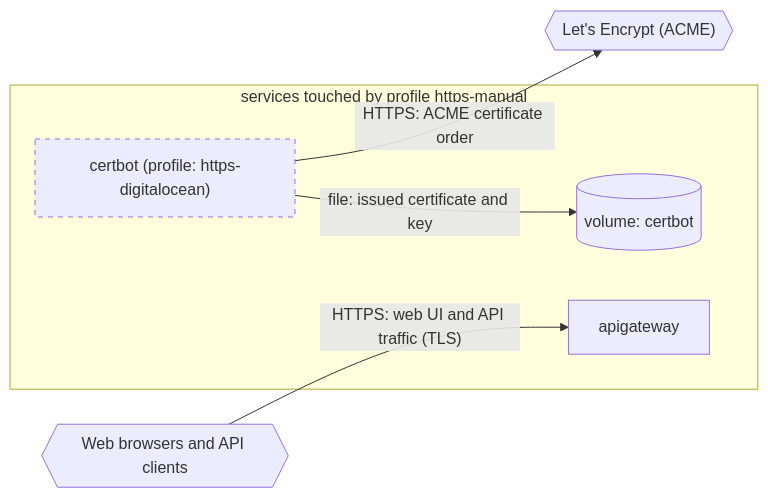
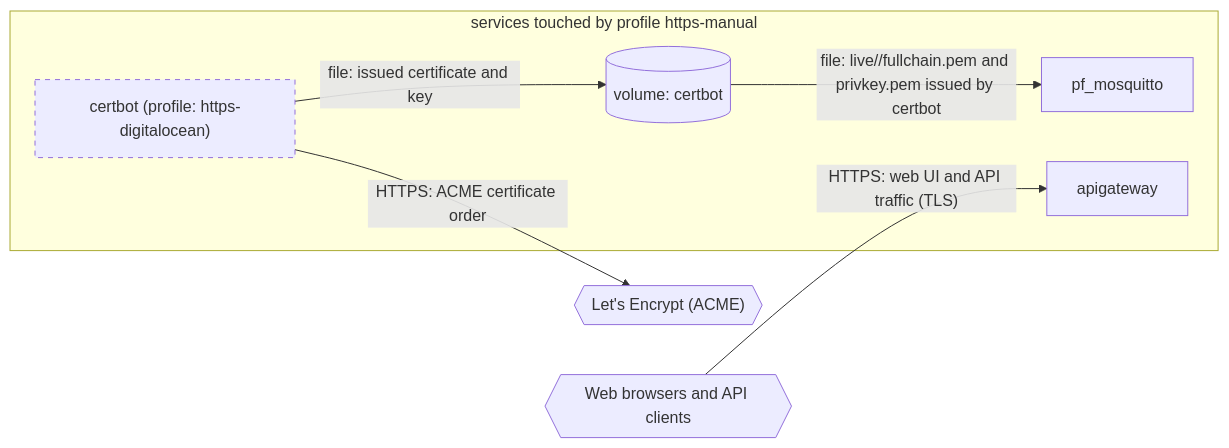
Before and after one commit to pacefactory/deployment-scripts: the diagram in docs/architecture/profiles/https-manual.md, drawn with Mermaid. The commit also changed other lines of this file and 82 other files, not shown here.

First line of the commit message:
docs: feed pf_mosquitto facts back into the architecture docs

````diff
--- a/docs/architecture/profiles/https-manual.md
+++ b/docs/architecture/profiles/https-manual.md
@@ -72,15 +73,17 @@
 ```mermaid
 flowchart LR
   classDef optional stroke-dasharray: 5 5
   subgraph deployment["services touched by profile https-manual"]
     certbot["certbot (profile: https-digitalocean)"]
     vol_certbot[("volume: certbot")]
+    pf_mosquitto["pf_mosquitto"]
     apigateway["apigateway"]
   end
   ext_acme{{"Let's Encrypt (ACME)"}}
   ext_web_clients{{"Web browsers and API clients"}}
   certbot -->|"HTTPS: ACME certificate order"| ext_acme
   certbot -->|"file: issued certificate and key"| vol_certbot
+  vol_certbot -->|"file: live/<SERVER_NAME>/fullchain.pem and privkey.pem issued by certbot"| pf_mosquitto
   ext_web_clients -->|"HTTPS: web UI and API traffic (TLS)"| apigateway
   class certbot optional
 ```
````
